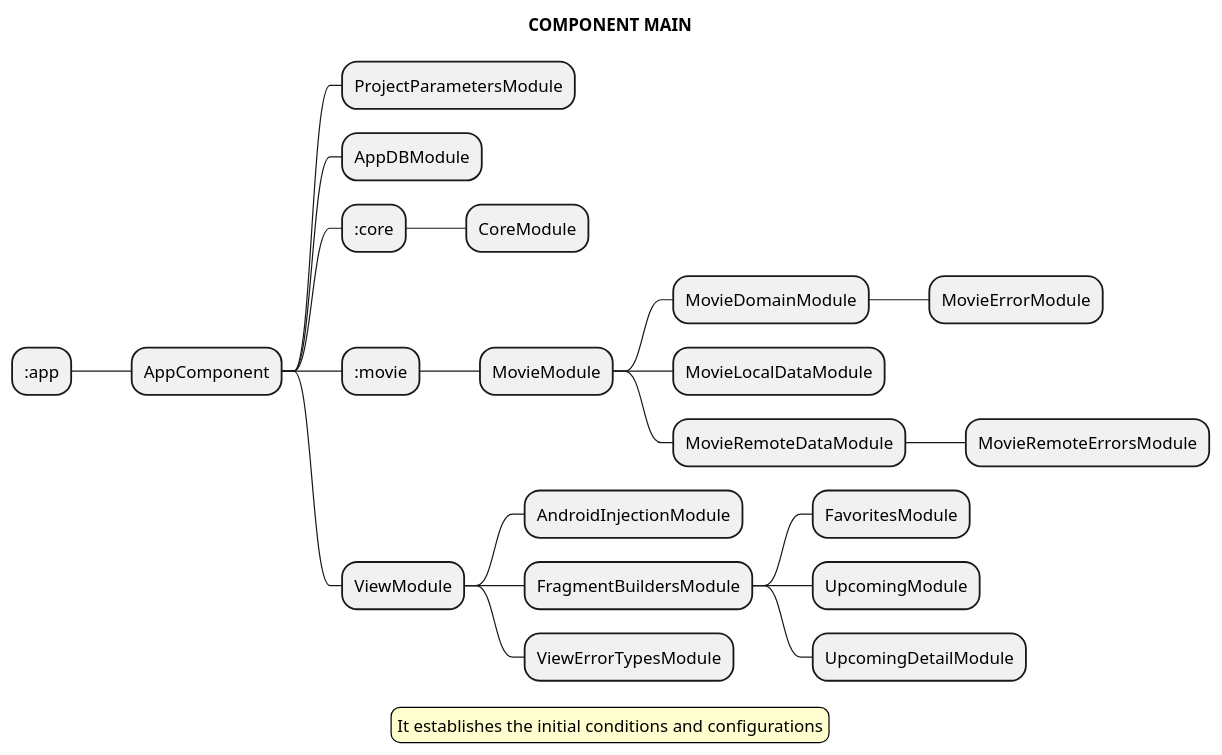
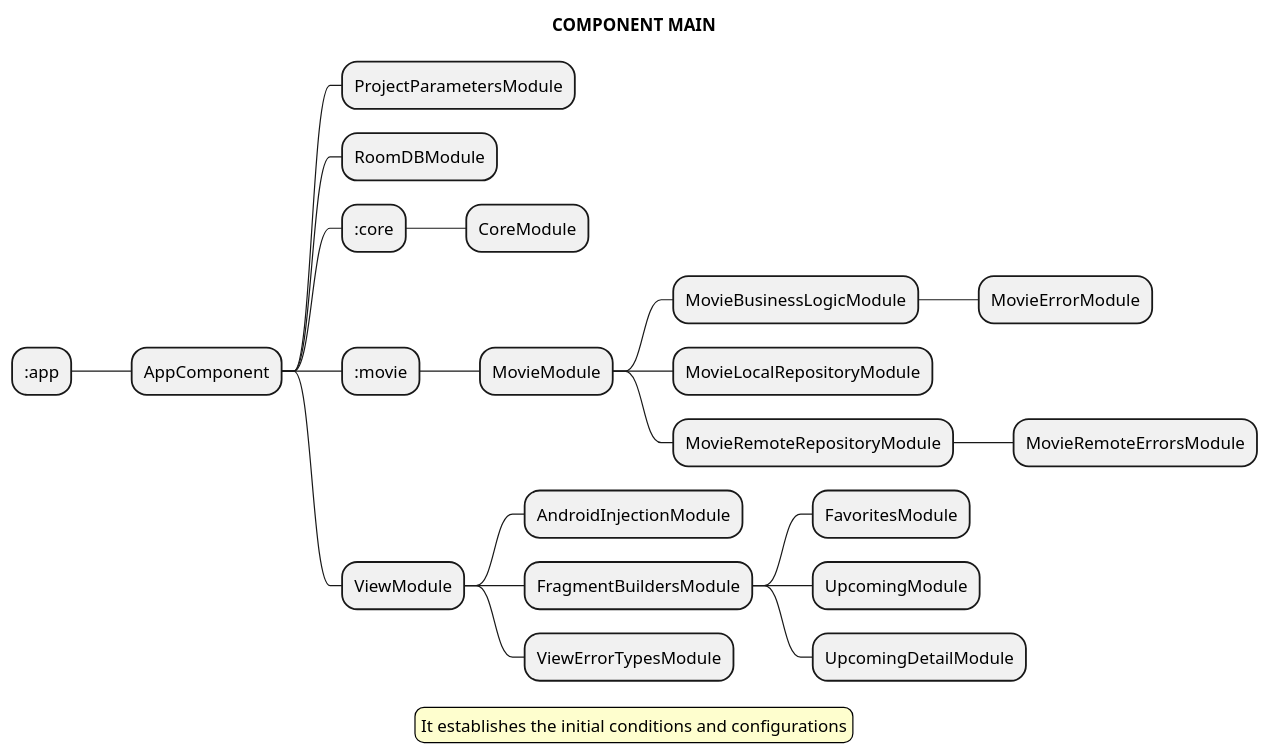
The diagram in diagrams_main_concepts/per_component/MainComponent.puml (vanskarner/CleanMovie), drawn with PlantUML before and after one commit. The commit also changed 24 other files, not shown here.

Commit message:
updating general uml diagrams

```diff
--- a/diagrams_main_concepts/per_component/MainComponent.puml
+++ b/diagrams_main_concepts/per_component/MainComponent.puml
@@ -1,29 +1,29 @@
 @startmindmap
 
 title COMPONENT MAIN
 * :app
 ** AppComponent
 *** ProjectParametersModule
-*** AppDBModule
+*** RoomDBModule
 *** :core
 **** CoreModule
 *** :movie
 **** MovieModule
-***** MovieDomainModule
+***** MovieBusinessLogicModule
 ****** MovieErrorModule
-***** MovieLocalDataModule
-***** MovieRemoteDataModule
+***** MovieLocalRepositoryModule
+***** MovieRemoteRepositoryModule
 ****** MovieRemoteErrorsModule
 *** ViewModule
 **** AndroidInjectionModule
 **** FragmentBuildersModule
 ***** FavoritesModule
 ***** UpcomingModule
 ***** UpcomingDetailModule
 **** ViewErrorTypesModule
 legend
 It establishes the initial conditions and configurations
 end legend
 
 skinparam legendBackgroundColor #FEFECE
 @endmindmap
```
